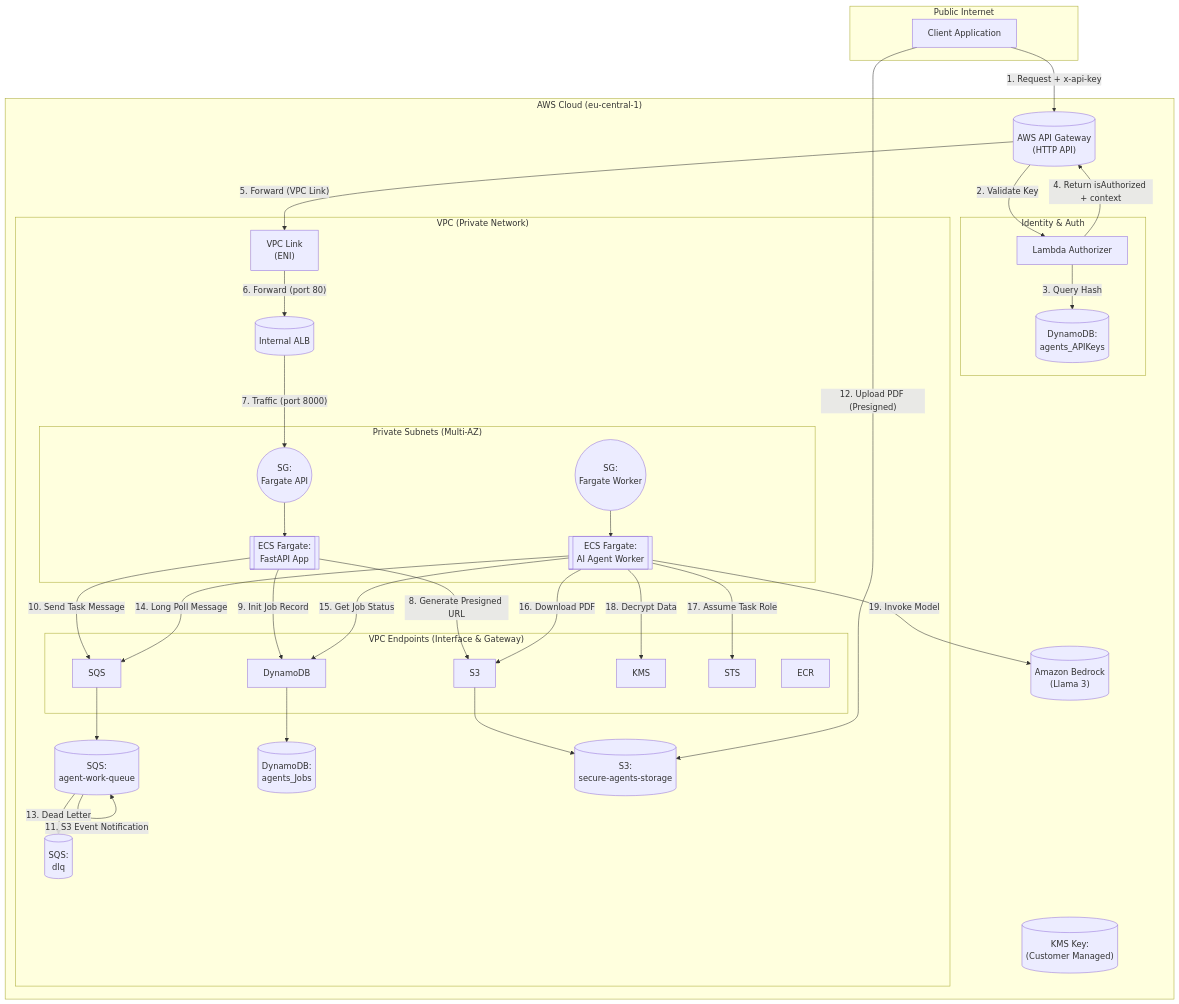
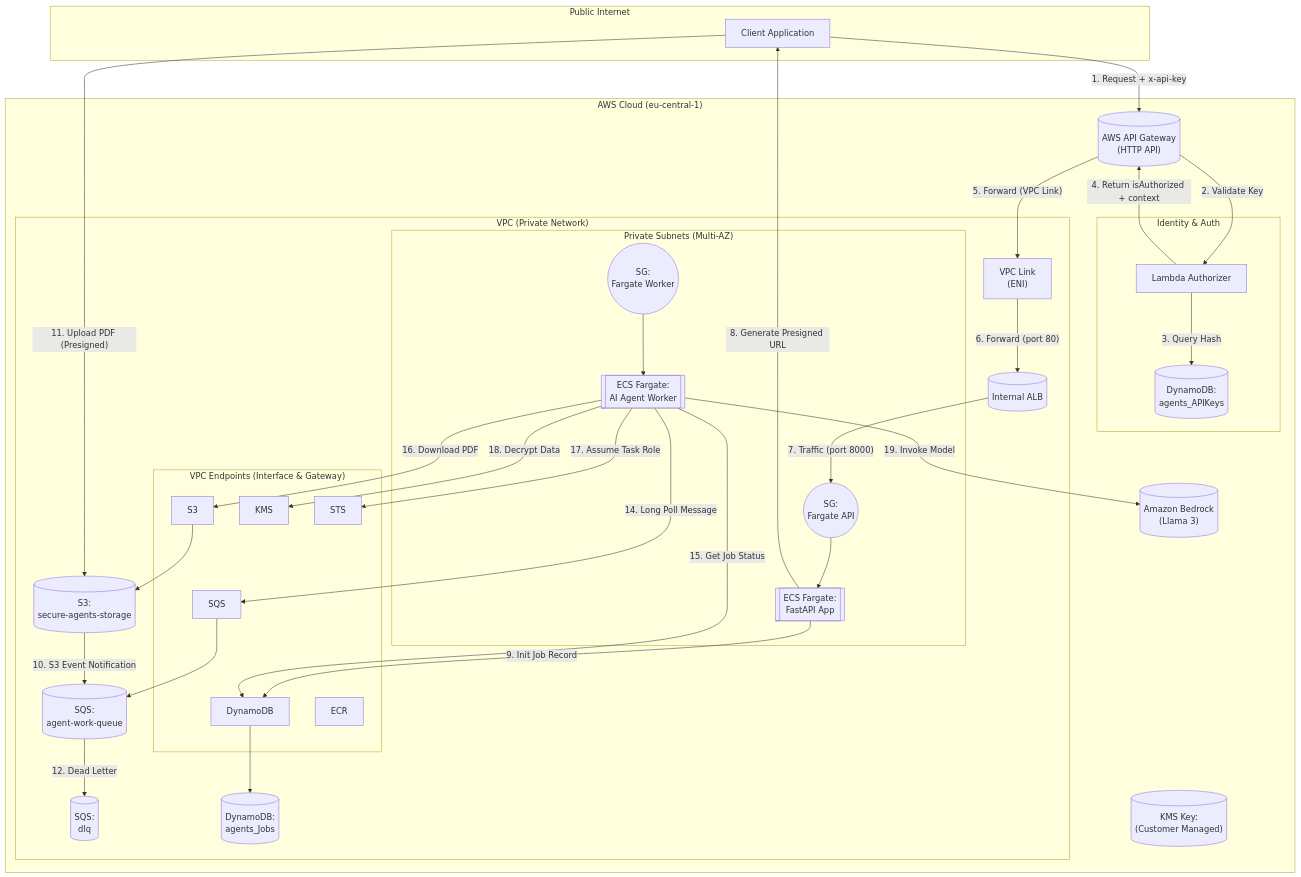
The diagram in README.md (SteliosSpanos/secure-agents), drawn with Mermaid before and after one commit.

Commit message:
Fixes diagram

````diff
--- a/README.md
+++ b/README.md
@@ -11,76 +11,75 @@
 ```mermaid
 graph TD
   subgraph PublicInternet["Public Internet"]
     Client["Client Application"]
   end
 
   subgraph AWSCloud["AWS Cloud (eu-central-1)"]
     APIGW[("AWS API Gateway<br>(HTTP API)")]
 
     subgraph AuthLayer["Identity & Auth"]
       Authorizer["Lambda Authorizer"]
       ApiKeysTable[("DynamoDB:<br>agents_APIKeys")]
     end
 
     subgraph VPC["VPC (Private Network)"]
       VpcLinkENI["VPC Link<br>(ENI)"]
       InternalALB[("Internal ALB")]
 
       subgraph VpcEndpoints["VPC Endpoints (Interface & Gateway)"]
         EndpointSQS["SQS"]
         EndpointDynamoDB["DynamoDB"]
         EndpointS3["S3"]
         EndpointKMS["KMS"]
         EndpointSTS["STS"]
         EndpointECR["ECR"]
       end
 
       MainQueue[("SQS:<br>agent-work-queue")]
       DlqQueue[("SQS:<br>dlq")]
       JobsTable[("DynamoDB:<br>agents_Jobs")]
       StorageBucket[("S3:<br>secure-agents-storage")]
 
       subgraph PrivateSubnets["Private Subnets (Multi-AZ)"]
         SgApi(("SG:<br>Fargate API"))
         SgWorker(("SG:<br>Fargate Worker"))
 
         ApiService[["ECS Fargate:<br>FastAPI App"]]
         WorkerService[["ECS Fargate:<br>AI Agent Worker"]]
       end
     end
 
     BedrockService[("Amazon Bedrock<br>(Llama 3)")]
     KmsKey[("KMS Key:<br>(Customer Managed)")]
   end
 
 
   Client -- "1. Request + x-api-key" --> APIGW
   APIGW -- "2. Validate Key" --> Authorizer
   Authorizer -- "3. Query Hash" --> ApiKeysTable
   Authorizer -- "4. Return isAuthorized + context" --> APIGW
 
   APIGW -- "5. Forward (VPC Link)" --> VpcLinkENI
   VpcLinkENI -- "6. Forward (port 80)" --> InternalALB
   InternalALB -- "7. Traffic (port 8000)" --> SgApi
   SgApi --> ApiService
 
-  ApiService -- "8. Generate Presigned URL" --> EndpointS3
+  ApiService -- "8. Generate Presigned URL" --> Client
   EndpointS3 --> StorageBucket
   ApiService -- "9. Init Job Record" --> EndpointDynamoDB
   EndpointDynamoDB --> JobsTable
-  ApiService -- "10. Send Task Message" --> EndpointSQS
   EndpointSQS --> MainQueue
 
-  MainQueue -- "11. S3 Event Notification" --> MainQueue
-  Client -- "12. Upload PDF (Presigned)" --> StorageBucket
-  MainQueue -- "13. Dead Letter" --> DlqQueue
+  StorageBucket -- "10. S3 Event Notification" --> MainQueue
+  Client -- "11. Upload PDF (Presigned)" --> StorageBucket
+  MainQueue -- "12. Dead Letter" --> DlqQueue
   WorkerService -- "14. Long Poll Message" --> EndpointSQS
   WorkerService -- "15. Get Job Status" --> EndpointDynamoDB
   WorkerService -- "16. Download PDF" --> EndpointS3
   WorkerService -- "17. Assume Task Role" --> EndpointSTS
   WorkerService -- "18. Decrypt Data" --> EndpointKMS
 
   SgWorker --> WorkerService
   WorkerService -- "19. Invoke Model" --> BedrockService
 
 ```
````
